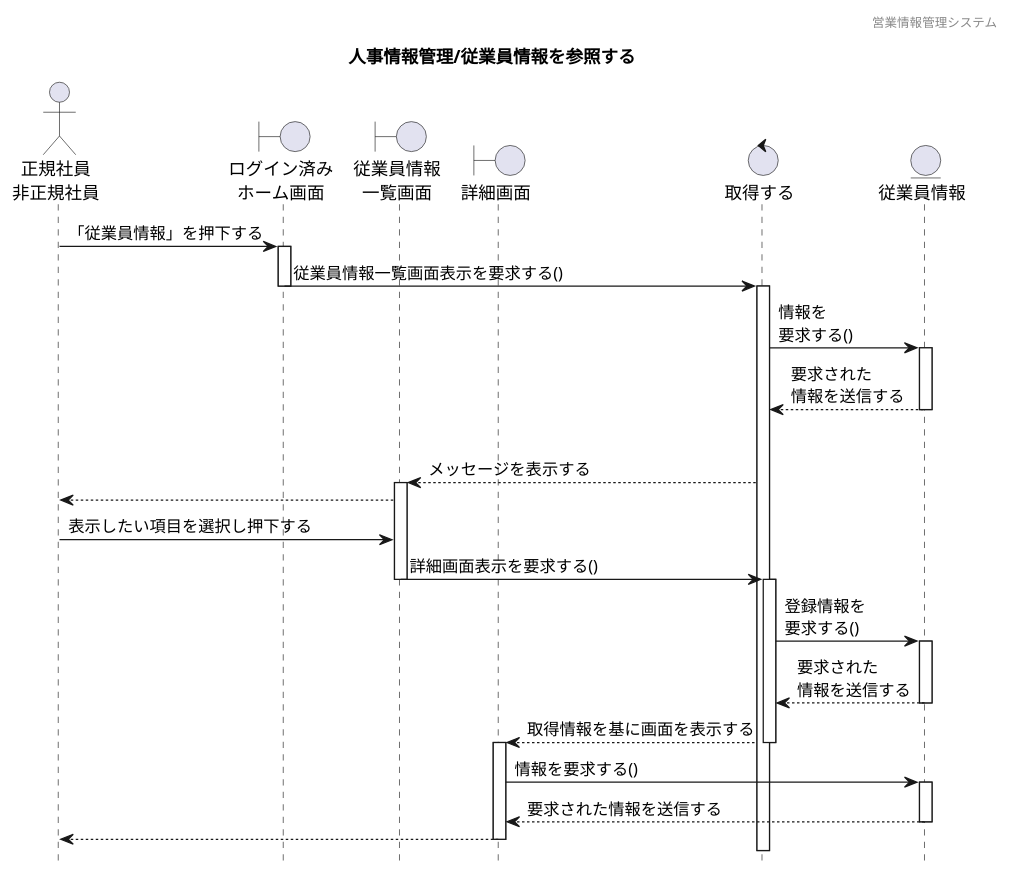
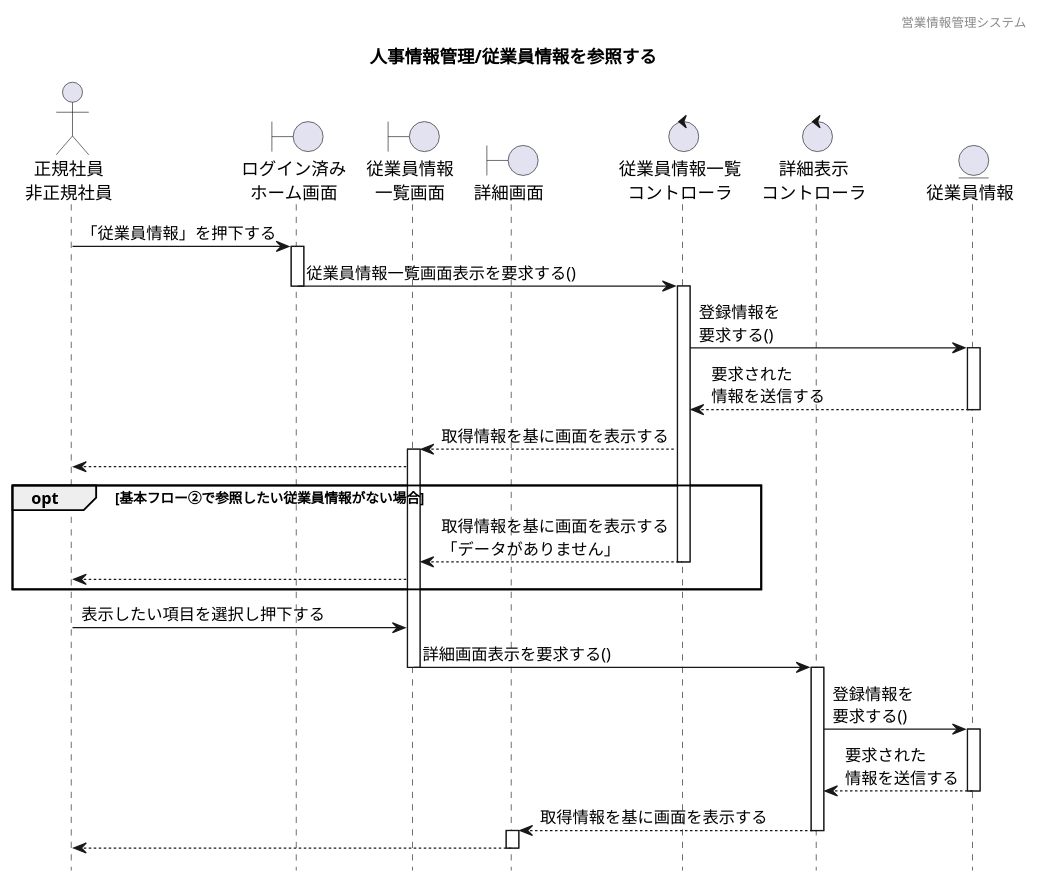
Before and after one commit to HaruShim/Sotuken: the diagram in 各種設計書/4シーケンス図/人事情報管理/1.従業員情報参照/従業員情報参照.plantuml, drawn with PlantUML.

```diff
--- a/各種設計書/4シーケンス図/人事情報管理/1.従業員情報参照/従業員情報参照.plantuml
+++ b/各種設計書/4シーケンス図/人事情報管理/1.従業員情報参照/従業員情報参照.plantuml
@@ -1,56 +1,62 @@
 @startuml シーケンス図
 
 hide footbox
 header 営業情報管理システム
 title 人事情報管理/従業員情報を参照する
 
 ' actor "" as 
 actor "正規社員\n非正規社員" as a1
 
 ' boundary "" as 
 boundary "ログイン済み\nホーム画面" as b1
 boundary "従業員情報\n一覧画面" as b2
 boundary "詳細画面" as b3
 
 ' control "" as 
-control "取得する" as c1
+control "従業員情報一覧\nコントローラ" as c1
+control "詳細表示\nコントローラ" as c2
 
 ' entity "" as
 entity "従業員情報" as e1
 
+
 ' 長谷川
-
 a1 -> b1 : 「従業員情報」を押下する
 activate b1
 b1 -> c1 : 従業員情報一覧画面表示を要求する()
-deactivate
-activate c1
-c1 -> e1 : 情報を\n要求する() 
-activate e1
-e1 --> c1 : 要求された\n情報を送信する
-deactivate
-opt 従業員情報がない場合
-b2 <-- c1 : メッセージを表示する
-activate b2
-a1 <-- b2
-a1 -> b2 : 表示したい項目を選択し押下する
-b2 -> c1 : 詳細画面表示を要求する()
-deactivate
+deactivate b1
 activate c1
 c1 -> e1 : 登録情報を\n要求する() 
 activate e1
 e1 --> c1 : 要求された\n情報を送信する
-deactivate
-b3 <-- c1 : 取得情報を基に画面を表示する
-deactivate
+deactivate e1
+b2 <-- c1 : 取得情報を基に画面を表示する
+
+activate b2
+a1 <-- b2
+
+' 代替フロー
+opt 基本フロー②で参照したい従業員情報がない場合
+b2 <-- c1 : 取得情報を基に画面を表示する\n「データがありません」
+deactivate c1
+a1 <-- b2
+end
+
+a1 -> b2 : 表示したい項目を選択し押下する
+b2 -> c2 : 詳細画面表示を要求する()
+deactivate b2
+activate c2
+c2 -> e1 : 登録情報を\n要求する() 
+activate e1
+c2 <-- e1 : 要求された\n情報を送信する
+deactivate e1
+b3 <-- c2 : 取得情報を基に画面を表示する
+deactivate c2
 activate b3
-b3 -> e1: 情報を要求する() 
-activate e1
-e1 --> b3: 要求された情報を送信する
-deactivate e1
 a1 <-- b3
-deactivate
+deactivate b3
+
 
 
 
 @enduml
```
